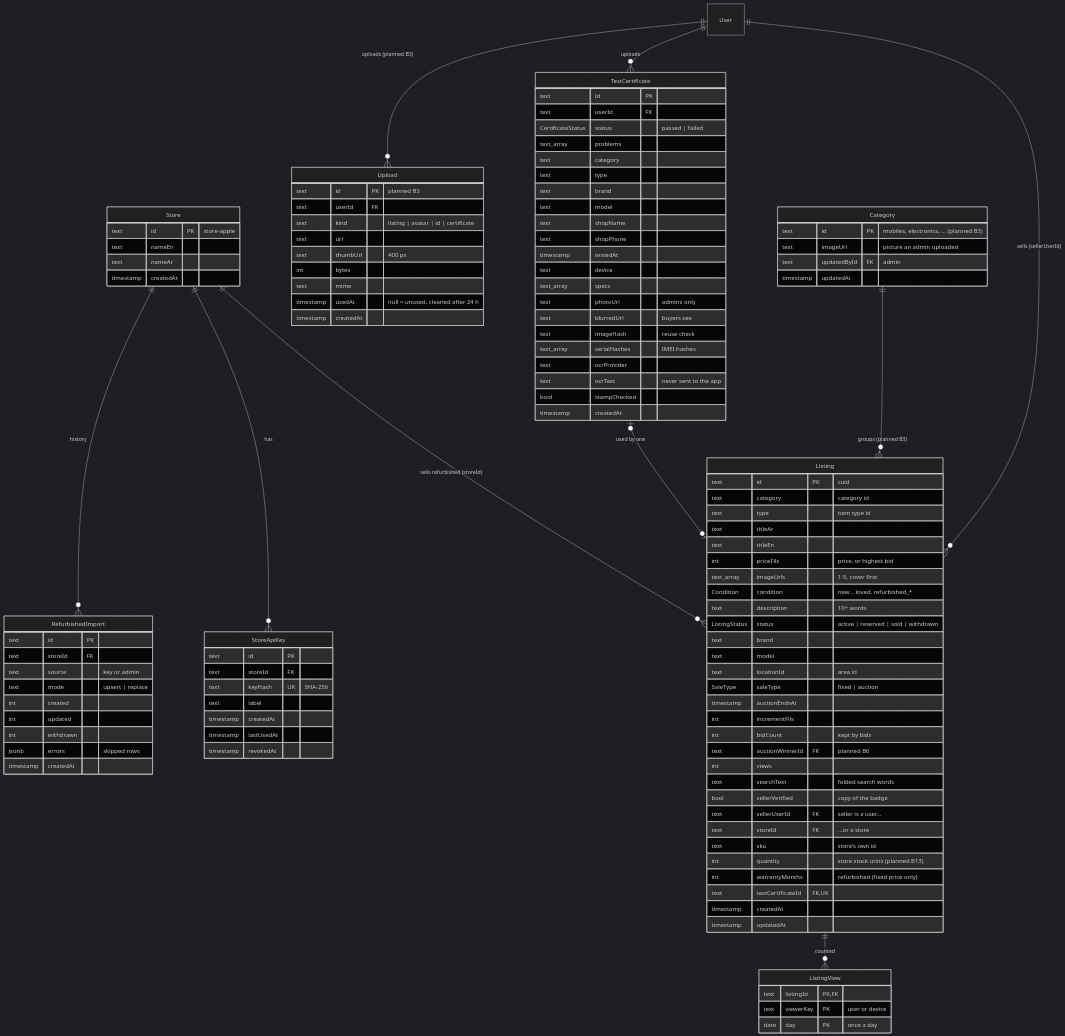
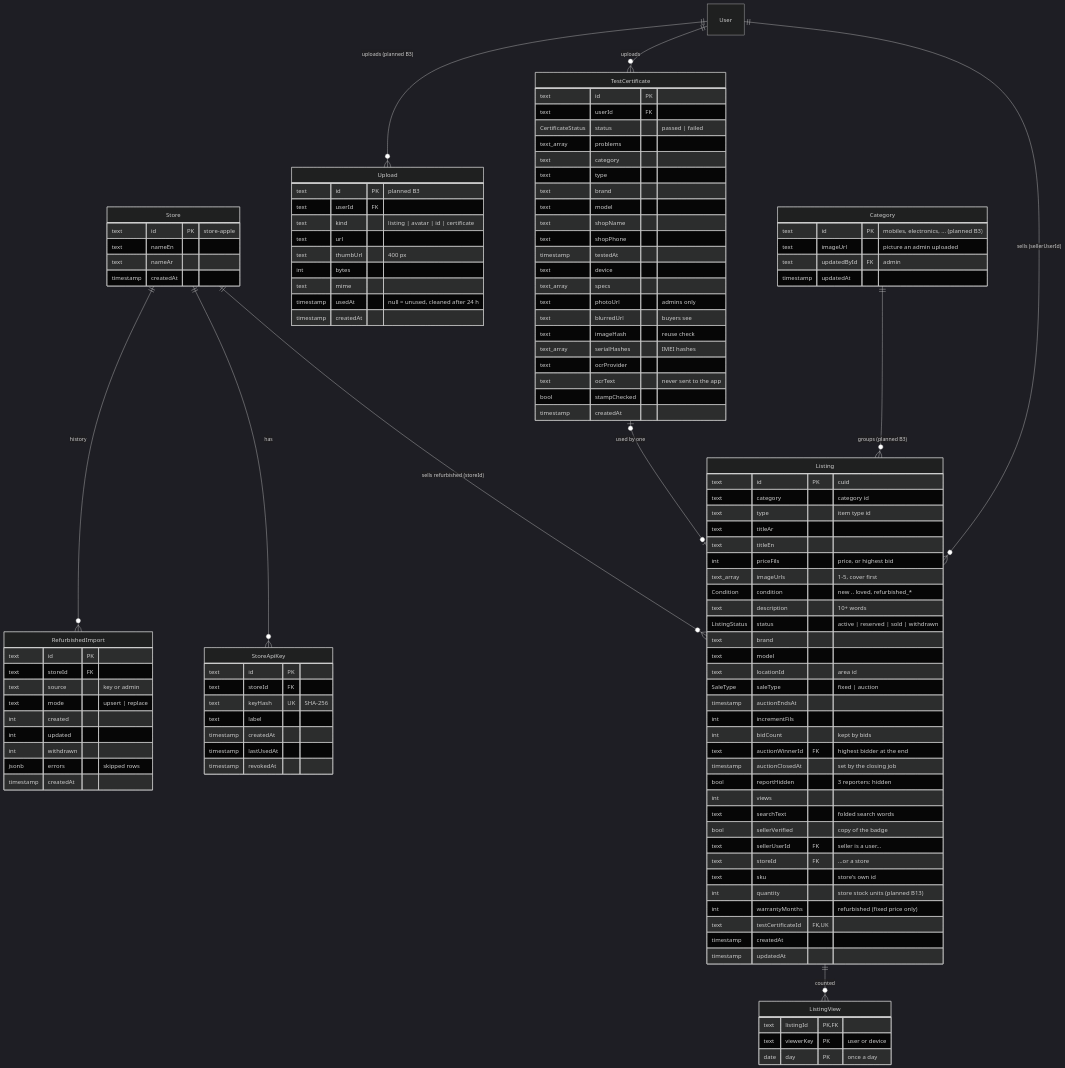
Before and after one commit to mustafa-kilany/madmoon-deals: the third of 6 diagrams in docs/DATABASE.md, drawn with Mermaid (dark theme). The commit also changed other lines of this file and 12 other files, not shown here.

```diff
--- a/docs/DATABASE.md
+++ b/docs/DATABASE.md
@@ -180,7 +180,9 @@
     timestamp auctionEndsAt
     int incrementFils
     int bidCount "kept by bids"
-    text auctionWinnerId FK "planned B6"
+    text auctionWinnerId FK "highest bidder at the end"
+    timestamp auctionClosedAt "set by the closing job"
+    bool reportHidden "3 reporters: hidden"
     int views
     text searchText "folded search words"
     bool sellerVerified "copy of the badge"
```
